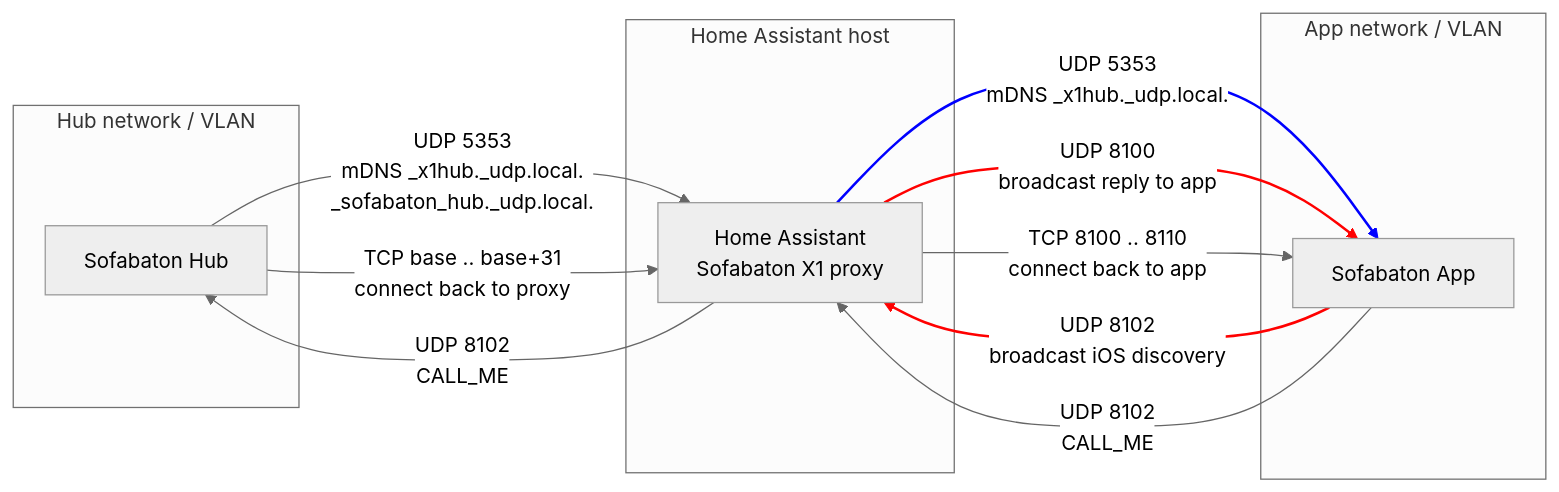
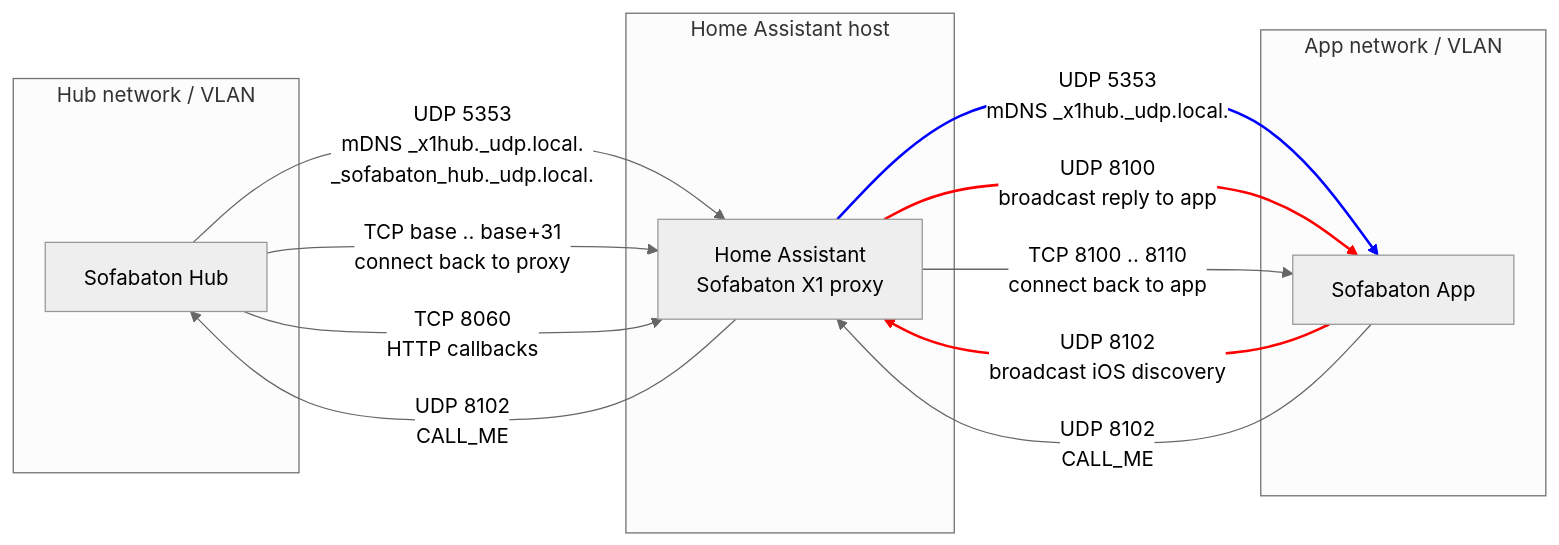
The diagram in docs/networking.md (m3tac0de/home-assistant-sofabaton-x1s), drawn with Mermaid (neutral theme) before and after one commit. The commit also changed other lines of this file, not shown here.

Commit message:
Enhance networking documentation with new features
Added details about HTTP callbacks and optional Wifi Commands feature. Updated link styles for better clarity.

````diff
--- a/docs/networking.md
+++ b/docs/networking.md
@@ -5,44 +5,45 @@
 ```mermaid
 graph LR
     subgraph VLAN_HUB [Hub network / VLAN]
       Hub[Sofabaton Hub]
     end
 
     subgraph VLAN_HA [Home Assistant host]
       HA[Home Assistant<br>Sofabaton X1 proxy]
     end
 
     subgraph VLAN_APP [App network / VLAN]
       App[Sofabaton App]
     end
 
     %% Hub <-> Proxy (Segment 1)
     Hub -->|UDP 5353<br>mDNS _x1hub._udp.local.<br>_sofabaton_hub._udp.local.| HA
     HA -->|UDP 8102<br>CALL_ME| Hub
     Hub -->|TCP base .. base+31<br>connect back to proxy| HA
+    Hub -->|TCP 8060<br>HTTP callbacks| HA
 
     %% App discovery via mDNS
     HA -->|UDP 5353<br>mDNS _x1hub._udp.local.| App
 
     %% iOS specific UDP broadcast discovery
     App -->|UDP 8102<br>broadcast iOS discovery| HA
     HA -->|UDP 8100<br>broadcast reply to app| App
 
     %% App connect and control
     App -->|UDP 8102<br>CALL_ME| HA
     HA -->|TCP 8100 .. 8110<br>connect back to app| App
 
     %% linkStyle indexes are 0-based in order of the edges above
     %% 0: Hub->HA mDNS
     %% 1: HA->Hub CALL_ME
     %% 2: Hub->HA TCP
     %% 3: HA->App mDNS
     %% 4: App->HA iOS broadcast
     %% 5: HA->App iOS reply
     %% 6: App->HA CALL_ME
     %% 7: HA->App TCP 8100-8110
 
-    linkStyle 3 stroke:#0000ff,stroke-width:2px;
-    linkStyle 4 stroke:#ff0000,stroke-width:2px;
+    linkStyle 4 stroke:#0000ff,stroke-width:2px;
     linkStyle 5 stroke:#ff0000,stroke-width:2px;
+    linkStyle 6 stroke:#ff0000,stroke-width:2px;
 ```
````
